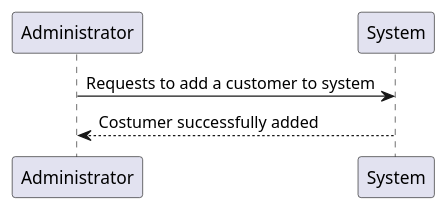
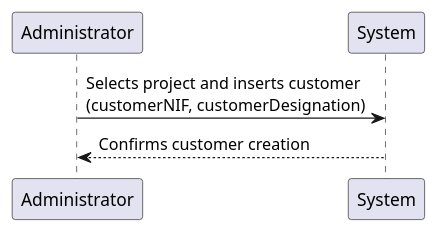
The diagram in docs/modelling_design/user_stories/us009/US009_AddACustomerSSD.puml (ivo-menezes/project_g3), drawn with PlantUML before and after one commit. The commit also changed 7 other files, not shown here.

```diff
--- a/docs/modelling_design/user_stories/us009/US009_AddACustomerSSD.puml
+++ b/docs/modelling_design/user_stories/us009/US009_AddACustomerSSD.puml
@@ -1,7 +1,6 @@
 @startuml
-'https://plantuml.com/sequence-diagram
 
-Administrator -> System: Requests to add a customer to system
-Administrator <-- System: Costumer successfully added
+Administrator -> System: Selects project and inserts customer\n(customerNIF, customerDesignation)
+Administrator <-- System: Confirms customer creation
 
 @enduml
```
